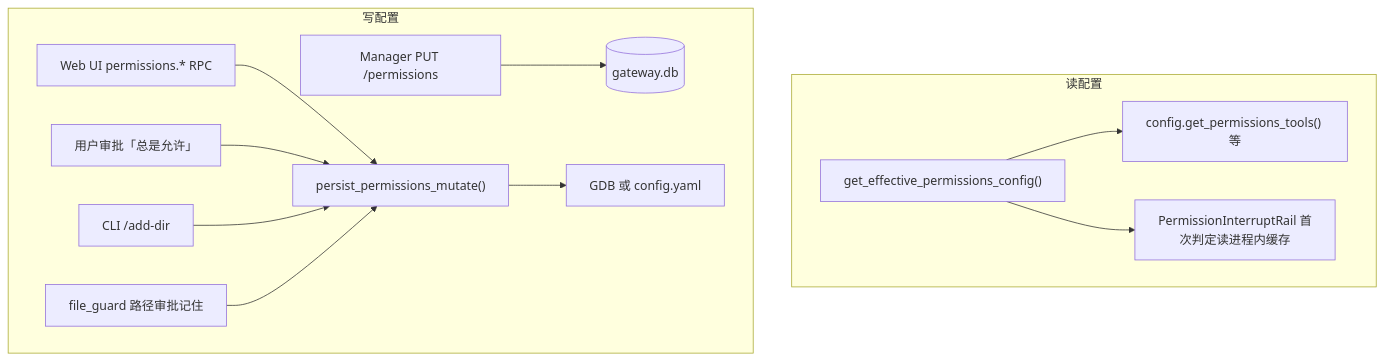
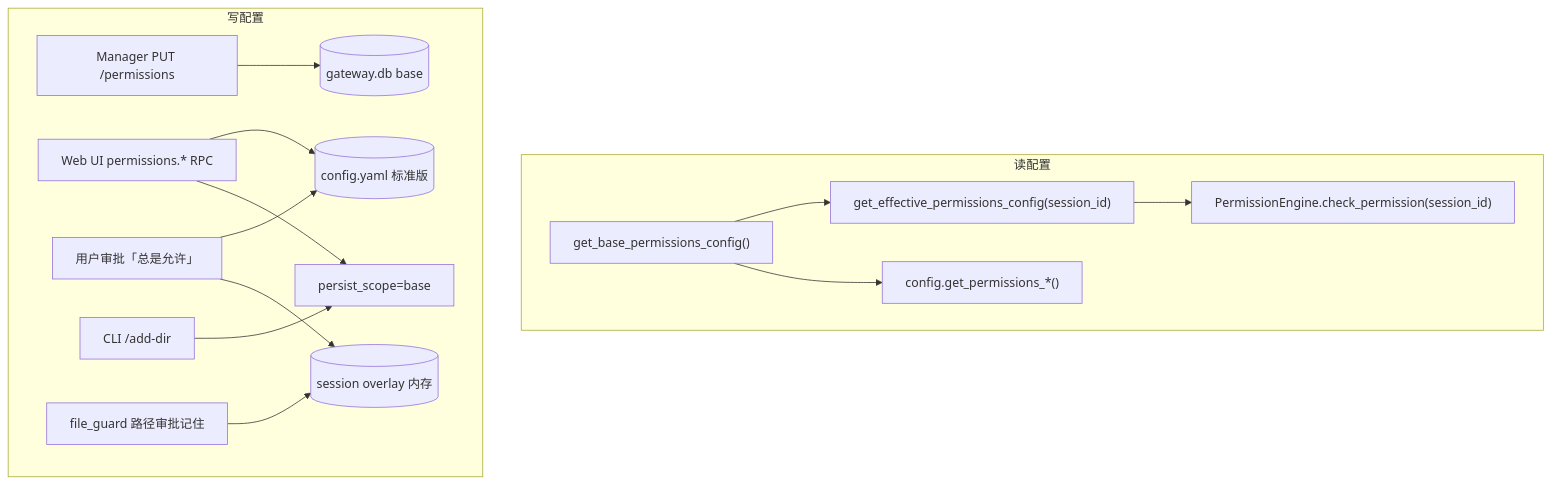
The fourth of 4 diagrams in docs/zh/permissions_config_architecture.md (openJiuwen-ai/jiuwenclaw), drawn with Mermaid before and after one commit. The commit also changed other lines of this file and 9 other files, not shown here.

First paragraph of the commit message:
feat(permissions): 企业版引入 base/overlay 分层与会话级权限 overlay

````diff
--- a/docs/zh/permissions_config_architecture.md
+++ b/docs/zh/permissions_config_architecture.md
@@ -591,24 +486,27 @@
 ```mermaid
 flowchart TB
     subgraph read [读配置]
-        R1["get_effective_permissions_config()"]
-        R2["config.get_permissions_tools() 等"]
-        R3["PermissionInterruptRail 首次判定读进程内缓存"]
-        R1 --> R2
+        R0["get_base_permissions_config()"]
+        R1["get_effective_permissions_config(session_id)"]
+        R2["config.get_permissions_*()"]
+        R3["PermissionEngine.check_permission(session_id)"]
+        R0 --> R1
+        R0 --> R2
         R1 --> R3
     end
 
     subgraph write [写配置]
         W1["Manager PUT /permissions"]
         W2["Web UI permissions.* RPC"]
         W3["用户审批「总是允许」"]
         W4["CLI /add-dir"]
         W5["file_guard 路径审批记住"]
-        W1 --> GDB[(gateway.db)]
-        W2 --> PERSIST["persist_permissions_mutate()"]
-        W3 --> PERSIST
-        W4 --> PERSIST
-        W5 --> PERSIST
-        PERSIST --> STORE[GDB 或 config.yaml]
+        W1 --> GDB[(gateway.db base)]
+        W2 --> BASE[persist_scope=base]
+        W3 --> OV[(session overlay 内存)]
+        W4 --> BASE
+        W5 --> OV
+        W2 --> YAML[(config.yaml 标准版)]
+        W3 --> YAML
     end
 ```
````
